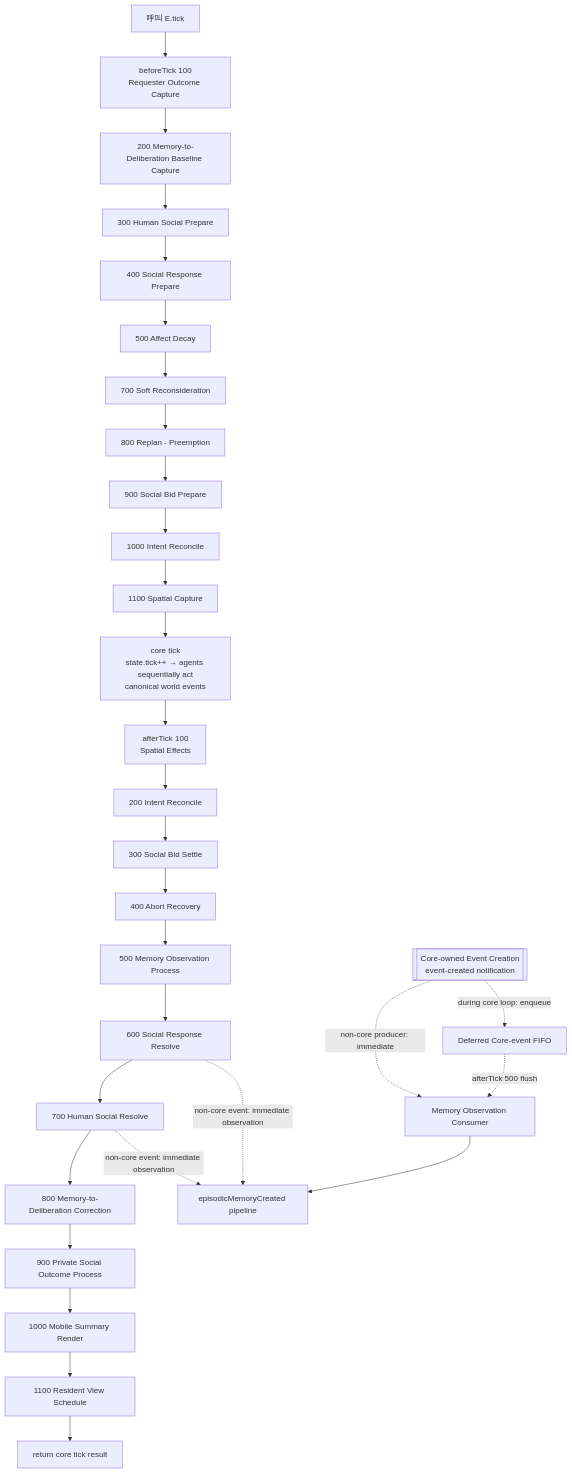
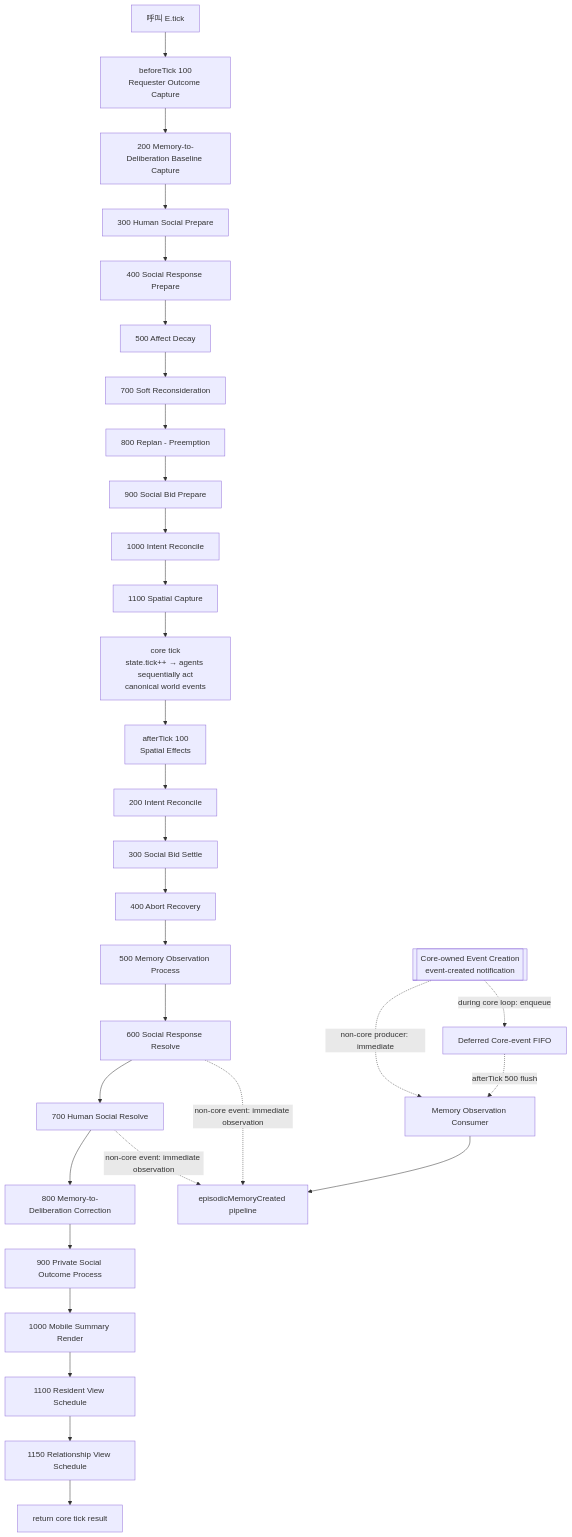
One commit to Prysline/emergent-causal-sim changed the first of 2 diagrams in docs/tick-pipeline.md. Above: the diagram before and after it, drawn with Mermaid. The commit also changed other lines of this file, not shown here.

Commit message:
Sync tick pipeline with Relationship consolidation ordering

````diff
--- a/docs/tick-pipeline.md
+++ b/docs/tick-pipeline.md
@@ -13,35 +13,36 @@
 ```mermaid
 flowchart TD
     START[呼叫 E.tick] --> B100[beforeTick 100\nRequester Outcome Capture]
     B100 --> B200[200 Memory-to-Deliberation Baseline Capture]
     B200 --> B300[300 Human Social Prepare]
     B300 --> B400[400 Social Response Prepare]
     B400 --> B500[500 Affect Decay]
     B500 --> B700[700 Soft Reconsideration]
     B700 --> B800[800 Replan - Preemption]
     B800 --> B900[900 Social Bid Prepare]
     B900 --> B1000[1000 Intent Reconcile]
     B1000 --> B1100[1100 Spatial Capture]
 
     B1100 --> CORE[core tick\nstate.tick++ → agents sequentially act\ncanonical world events]
 
     CORE --> A100[afterTick 100\nSpatial Effects]
     A100 --> A200[200 Intent Reconcile]
     A200 --> A300[300 Social Bid Settle]
     A300 --> A400[400 Abort Recovery]
     A400 --> A500[500 Memory Observation Process]
     A500 --> A600[600 Social Response Resolve]
     A600 --> A700[700 Human Social Resolve]
     A700 --> A800[800 Memory-to-Deliberation Correction]
     A800 --> A900[900 Private Social Outcome Process]
     A900 --> A1000[1000 Mobile Summary Render]
     A1000 --> A1100[1100 Resident View Schedule]
-    A1100 --> END[return core tick result]
+    A1100 --> A1150[1150 Relationship View Schedule]
+    A1150 --> END[return core tick result]
 
     EVENT[[Core-owned Event Creation\nevent-created notification]] -. non-core producer: immediate .-> MEM[Memory Observation Consumer]
     EVENT -. during core loop: enqueue .-> QUEUE[Deferred Core-event FIFO]
     QUEUE -. afterTick 500 flush .-> MEM
     MEM --> EMC[episodicMemoryCreated pipeline]
     A600 -. non-core event: immediate observation .-> EMC
     A700 -. non-core event: immediate observation .-> EMC
 ```
````
